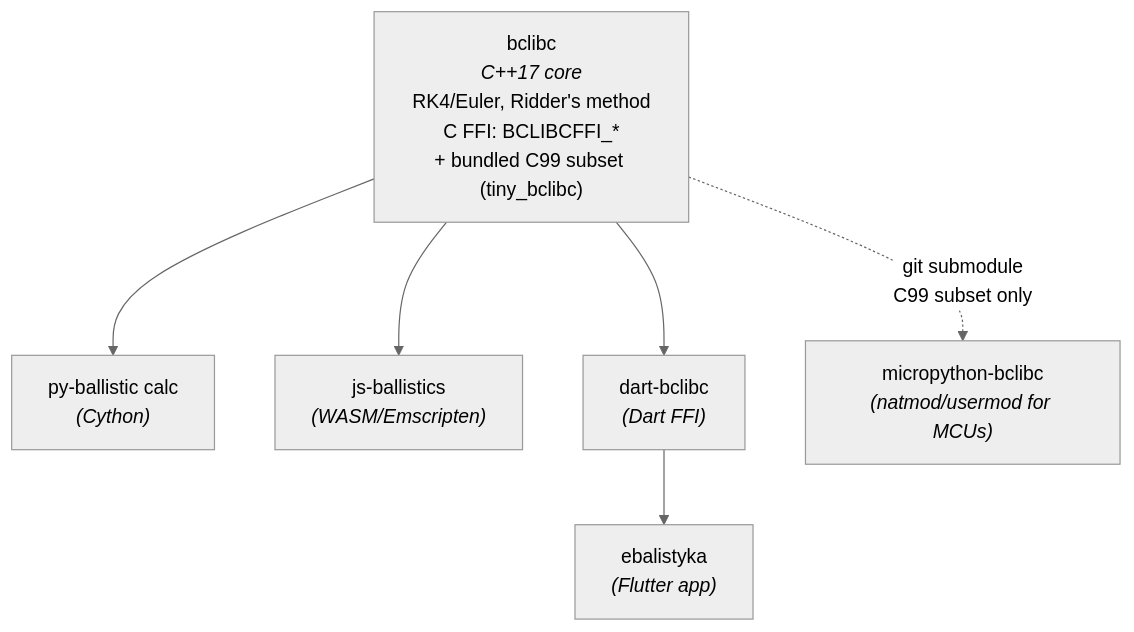
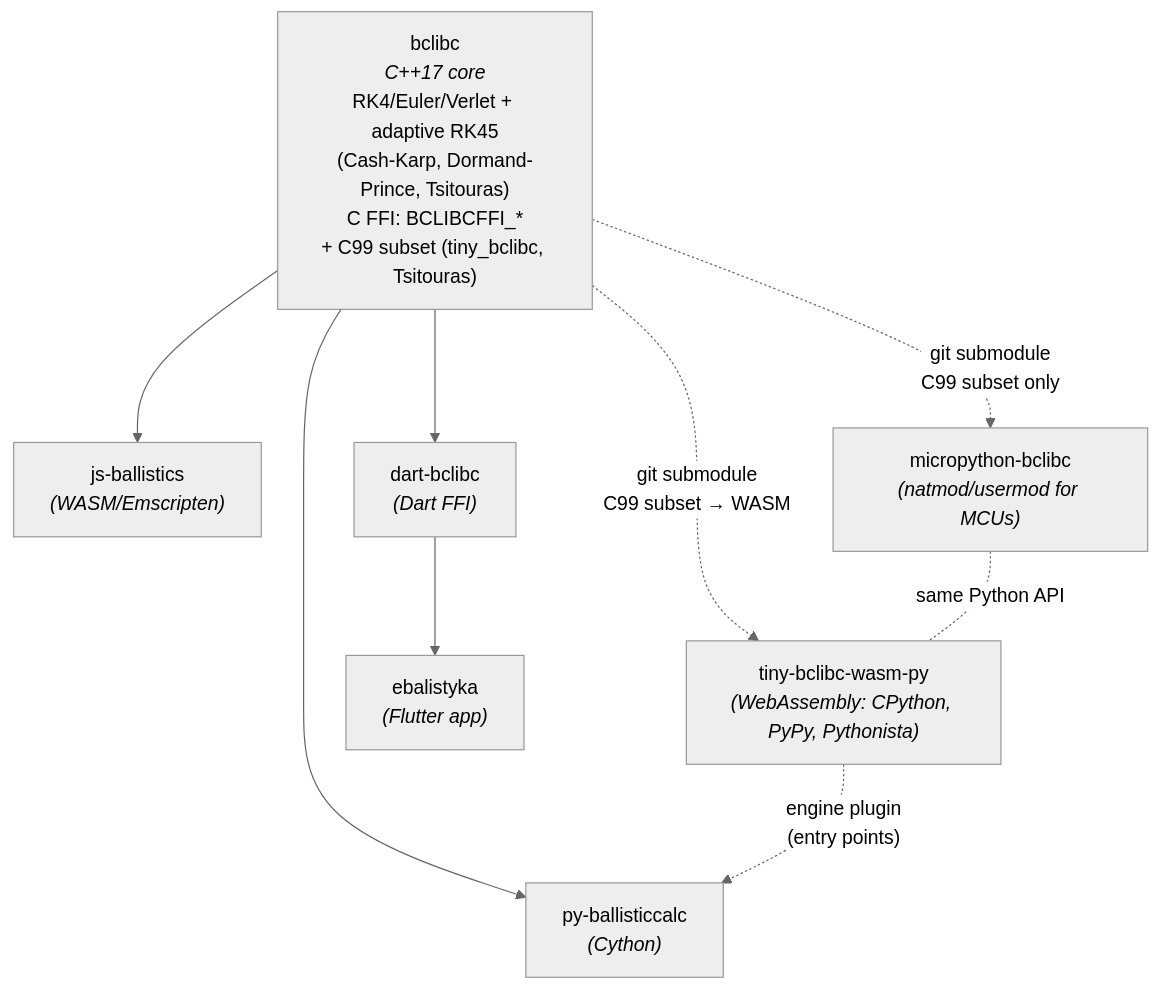
Before and after one commit to ballistics-lab/.github: the diagram in profile/README.md, drawn with Mermaid (neutral theme). The commit also changed other lines of this file, not shown here.

Commit message:
Revise README flowchart for ballistic calculation methods
Updated the flowchart in the README to reflect changes in the ballistic calculation methods and added new adaptive methods.

````diff
--- a/profile/README.md
+++ b/profile/README.md
@@ -23,10 +23,13 @@
 ```mermaid
 flowchart TD
-    A["bclibc<br><i>C++17 core</i><br>RK4/Euler, Ridder's method<br>C FFI: BCLIBCFFI_*<br>+ bundled C99 subset (tiny_bclibc)"]
-    
-    A --> B["py-ballistic calc<br><i>(Cython)</i>"]
+    A["bclibc<br><i>C++17 core</i><br>RK4/Euler/Verlet + adaptive RK45<br>(Cash-Karp, Dormand-Prince, Tsitouras)<br>C FFI: BCLIBCFFI_*<br>+ C99 subset (tiny_bclibc, Tsitouras)"]
+
+    A --> B["py-ballisticcalc<br><i>(Cython)</i>"]
     A --> C["js-ballistics<br><i>(WASM/Emscripten)</i>"]
     A --> D["dart-bclibc<br><i>(Dart FFI)</i>"]
     A -.->|"git submodule<br>C99 subset only"| E["micropython-bclibc<br><i>(natmod/usermod for MCUs)</i>"]
+    A -.->|"git submodule<br>C99 subset → WASM"| T["tiny-bclibc-wasm-py<br><i>(WebAssembly: CPython, PyPy, Pythonista)</i>"]
+    T -.->|"engine plugin<br>(entry points)"| B
+    E -.-|"same Python API"| T
     D --> F["ebalistyka<br><i>(Flutter app)</i>"]
 ```
````
